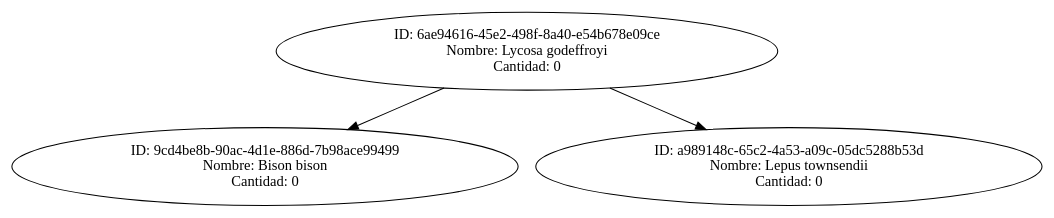
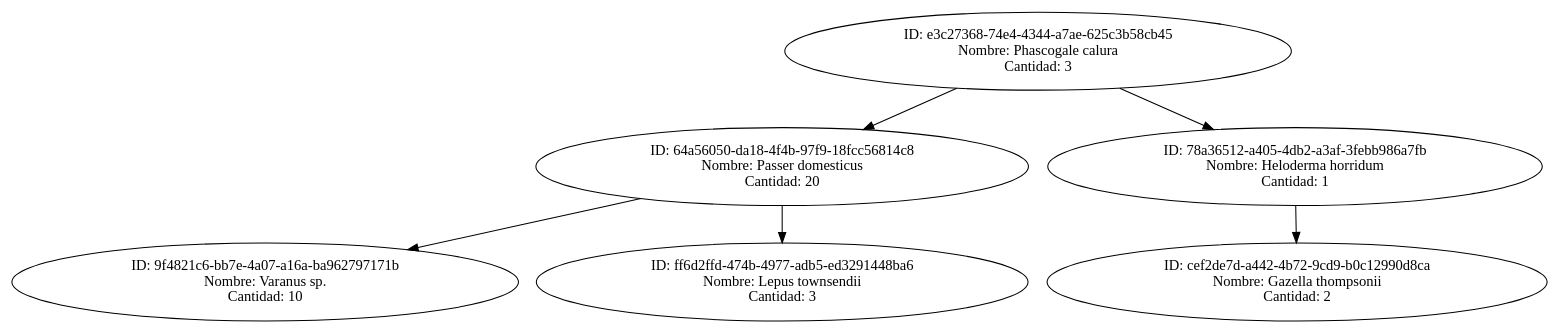
Before and after one commit to ASique-4/-EDD_2S-BatallaNaval_202012039: the diagram in Fase2/Servidor/Compras.dot, drawn with Graphviz. The commit also changed 10 other files, not shown here.

```diff
--- a/Fase2/Servidor/Compras.dot
+++ b/Fase2/Servidor/Compras.dot
@@ -1,9 +1,21 @@
-digraph G {"6ae94616-45e2-498f-8a40-e54b678e09ce"[label=" ID: 6ae94616-45e2-498f-8a40-e54b678e09ce
-Nombre: Lycosa godeffroyi
-Cantidad: 0"]"9cd4be8b-90ac-4d1e-886d-7b98ace99499"[label=" ID: 9cd4be8b-90ac-4d1e-886d-7b98ace99499
-Nombre: Bison bison
-Cantidad: 0 "]"6ae94616-45e2-498f-8a40-e54b678e09ce"->"9cd4be8b-90ac-4d1e-886d-7b98ace99499";"6ae94616-45e2-498f-8a40-e54b678e09ce"[label=" ID: 6ae94616-45e2-498f-8a40-e54b678e09ce
-Nombre: Lycosa godeffroyi
-Cantidad: 0"]"a989148c-65c2-4a53-a09c-05dc5288b53d"[label=" ID: a989148c-65c2-4a53-a09c-05dc5288b53d
+digraph G {"e3c27368-74e4-4344-a7ae-625c3b58cb45"[label=" ID: e3c27368-74e4-4344-a7ae-625c3b58cb45
+Nombre: Phascogale calura
+Cantidad: 3"]"64a56050-da18-4f4b-97f9-18fcc56814c8"[label=" ID: 64a56050-da18-4f4b-97f9-18fcc56814c8
+Nombre: Passer domesticus
+Cantidad: 20 "]"e3c27368-74e4-4344-a7ae-625c3b58cb45"->"64a56050-da18-4f4b-97f9-18fcc56814c8";"e3c27368-74e4-4344-a7ae-625c3b58cb45"[label=" ID: e3c27368-74e4-4344-a7ae-625c3b58cb45
+Nombre: Phascogale calura
+Cantidad: 3"]"78a36512-a405-4db2-a3af-3febb986a7fb"[label=" ID: 78a36512-a405-4db2-a3af-3febb986a7fb
+Nombre: Heloderma horridum
+Cantidad: 1"]"e3c27368-74e4-4344-a7ae-625c3b58cb45"->"78a36512-a405-4db2-a3af-3febb986a7fb";"64a56050-da18-4f4b-97f9-18fcc56814c8"[label=" ID: 64a56050-da18-4f4b-97f9-18fcc56814c8
+Nombre: Passer domesticus
+Cantidad: 20"]"9f4821c6-bb7e-4a07-a16a-ba962797171b"[label=" ID: 9f4821c6-bb7e-4a07-a16a-ba962797171b
+Nombre: Varanus sp.
+Cantidad: 10 "]"64a56050-da18-4f4b-97f9-18fcc56814c8"->"9f4821c6-bb7e-4a07-a16a-ba962797171b";"64a56050-da18-4f4b-97f9-18fcc56814c8"[label=" ID: 64a56050-da18-4f4b-97f9-18fcc56814c8
+Nombre: Passer domesticus
+Cantidad: 20"]"ff6d2ffd-474b-4977-adb5-ed3291448ba6"[label=" ID: ff6d2ffd-474b-4977-adb5-ed3291448ba6
 Nombre: Lepus townsendii
-Cantidad: 0"]"6ae94616-45e2-498f-8a40-e54b678e09ce"->"a989148c-65c2-4a53-a09c-05dc5288b53d";}
+Cantidad: 3"]"64a56050-da18-4f4b-97f9-18fcc56814c8"->"ff6d2ffd-474b-4977-adb5-ed3291448ba6";"78a36512-a405-4db2-a3af-3febb986a7fb"[label=" ID: 78a36512-a405-4db2-a3af-3febb986a7fb
+Nombre: Heloderma horridum
+Cantidad: 1"]"cef2de7d-a442-4b72-9cd9-b0c12990d8ca"[label=" ID: cef2de7d-a442-4b72-9cd9-b0c12990d8ca
+Nombre: Gazella thompsonii
+Cantidad: 2"]"78a36512-a405-4db2-a3af-3febb986a7fb"->"cef2de7d-a442-4b72-9cd9-b0c12990d8ca";}
```
